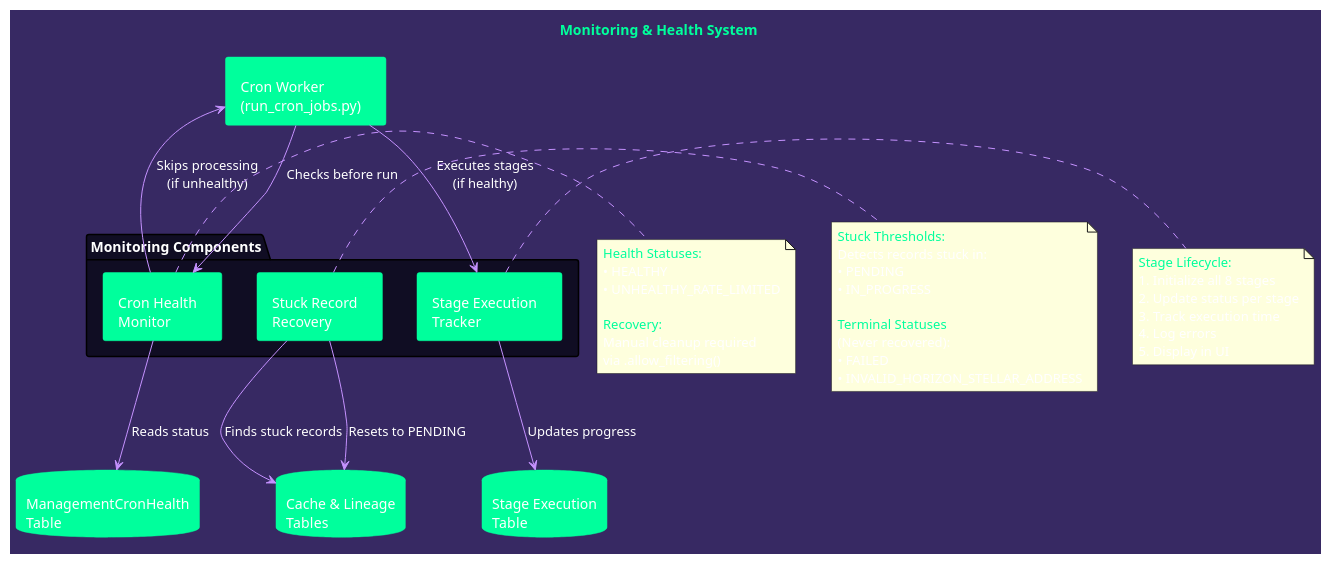
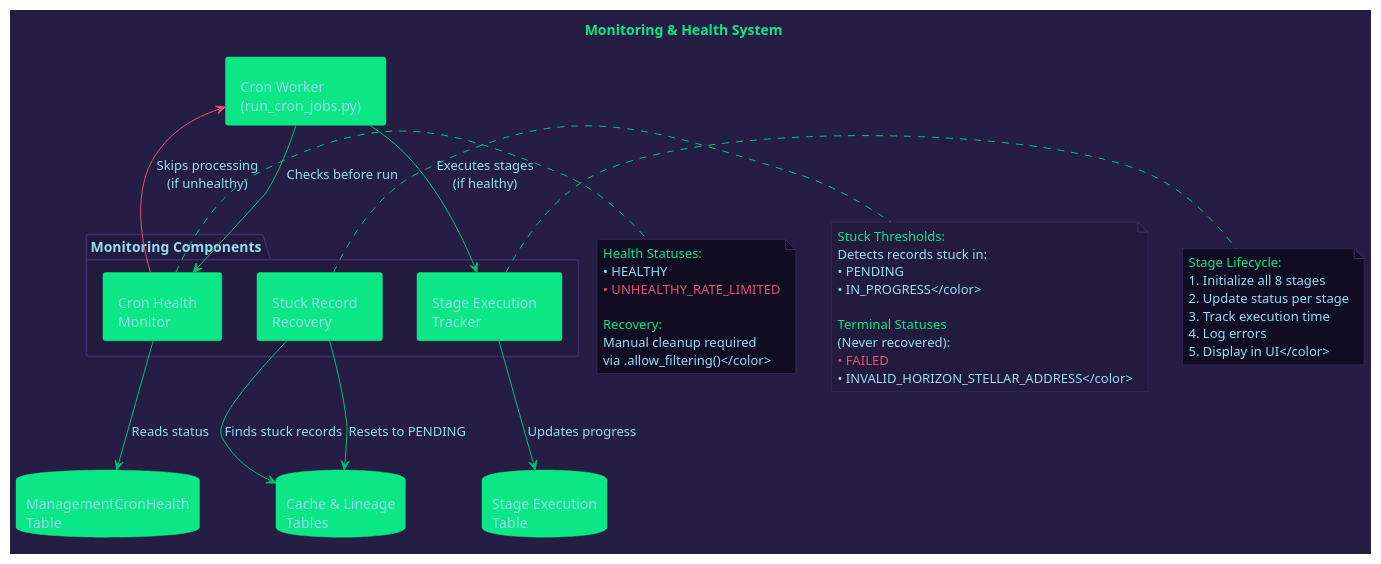
Before and after one commit to areveur51/StellarMapWeb: the diagram in diagrams/05_monitoring_system.puml, drawn with PlantUML. The commit also changed 10 other files, not shown here.

First line of the commit message:
Update diagrams to use a cyberpunk theme

```diff
--- a/diagrams/05_monitoring_system.puml
+++ b/diagrams/05_monitoring_system.puml
@@ -1,83 +1,87 @@
 @startuml Monitoring System
 
-skinparam backgroundColor #372963
-skinparam activity {
-    BackgroundColor #100D23
-    BorderColor #00FF9C
-    FontColor #ffffff
-}
-skinparam activityArrowColor #c592ff
-skinparam activityStartColor #00FF9C
-skinparam activityStopColor #00FF9C
-skinparam defaultFontColor #ffffff
+skinparam backgroundColor #261D45
+skinparam defaultFontColor #96DDF2
 
 skinparam component {
   BackgroundColor #100D23
-  BorderColor #00FF9C
-  FontColor #ffffff
-  ArrowColor #c592ff
+  BorderColor #0BE784
+  FontColor #96DDF2
+  ArrowColor #01C176
 }
 
 skinparam database {
-  BackgroundColor #100D23
-  BorderColor #00FF9C
-  FontColor #ffffff
+  BackgroundColor #032314
+  BorderColor #0BE784
+  FontColor #96DDF2
 }
 
-title <color:#00FF9C>Monitoring & Health System</color>
-
-package "Monitoring Components" #100D23 {
-  component "Cron Health\nMonitor" as CronHealth #00FF9C
-  component "Stuck Record\nRecovery" as Recovery #00FF9C
-  component "Stage Execution\nTracker" as StageTracker #00FF9C
+skinparam package {
+  BackgroundColor #231B3D
+  BorderColor #3f2c70
+  FontColor #96DDF2
 }
 
-component "Cron Worker\n(run_cron_jobs.py)" as CronWorker #00FF9C
+skinparam note {
+  BackgroundColor #100D23
+  BorderColor #3f2c70
+  FontColor #96DDF2
+}
 
-database "ManagementCronHealth\nTable" as HealthDB #00FF9C
-database "Stage Execution\nTable" as StageDB #00FF9C
-database "Cache & Lineage\nTables" as DataDB #00FF9C
+title <color:#0BE784>Monitoring & Health System</color>
 
-CronWorker -[#c592ff]-> CronHealth : "Checks before run"
-CronHealth -[#c592ff]-> HealthDB : "Reads status"
+package "Monitoring Components" #231B3D {
+  component "Cron Health\nMonitor" as CronHealth #0BE784
+  component "Stuck Record\nRecovery" as Recovery #0BE784
+  component "Stage Execution\nTracker" as StageTracker #0BE784
+}
 
-CronWorker -[#c592ff]-> StageTracker : "Executes stages\n(if healthy)"
-StageTracker -[#c592ff]-> StageDB : "Updates progress"
+component "Cron Worker\n(run_cron_jobs.py)" as CronWorker #0BE784
 
-CronHealth -[#c592ff]-> CronWorker : "Skips processing\n(if unhealthy)"
+database "ManagementCronHealth\nTable" as HealthDB #0BE784
+database "Stage Execution\nTable" as StageDB #0BE784
+database "Cache & Lineage\nTables" as DataDB #0BE784
 
-Recovery -[#c592ff]-> DataDB : "Finds stuck records"
-Recovery -[#c592ff]-> DataDB : "Resets to PENDING"
+CronWorker -[#01C176]-> CronHealth : "Checks before run"
+CronHealth -[#01C176]-> HealthDB : "Reads status"
 
-note right of CronHealth
-  <color:#00FF9C>Health Statuses:</color>
-  • HEALTHY
-  • UNHEALTHY_RATE_LIMITED
+CronWorker -[#01C176]-> StageTracker : "Executes stages\n(if healthy)"
+StageTracker -[#01C176]-> StageDB : "Updates progress"
+
+CronHealth -[#E5526F]-> CronWorker : "Skips processing\n(if unhealthy)"
+
+Recovery -[#01C176]-> DataDB : "Finds stuck records"
+Recovery -[#01C176]-> DataDB : "Resets to PENDING"
+
+note right of CronHealth #100D23
+  <color:#0BE784>Health Statuses:</color>
+  <color:#96DDF2>• HEALTHY</color>
+  <color:#E5526F>• UNHEALTHY_RATE_LIMITED</color>
   
-  <color:#00FF9C>Recovery:</color>
-  Manual cleanup required
-  via .allow_filtering()
+  <color:#0BE784>Recovery:</color>
+  <color:#96DDF2>Manual cleanup required
+  via .allow_filtering()</color>
 end note
 
-note right of Recovery
-  <color:#00FF9C>Stuck Thresholds:</color>
-  Detects records stuck in:
+note right of Recovery #231B3D
+  <color:#0BE784>Stuck Thresholds:</color>
+  <color:#96DDF2>Detects records stuck in:
   • PENDING
-  • IN_PROGRESS
+  • IN_PROGRESS</color>
   
-  <color:#00FF9C>Terminal Statuses</color>
-  (Never recovered):
-  • FAILED
-  • INVALID_HORIZON_STELLAR_ADDRESS
+  <color:#0BE784>Terminal Statuses</color>
+  <color:#96DDF2>(Never recovered):</color>
+  <color:#E5526F>• FAILED
+  • INVALID_HORIZON_STELLAR_ADDRESS</color>
 end note
 
-note right of StageTracker
-  <color:#00FF9C>Stage Lifecycle:</color>
-  1. Initialize all 8 stages
+note right of StageTracker #100D23
+  <color:#0BE784>Stage Lifecycle:</color>
+  <color:#96DDF2>1. Initialize all 8 stages
   2. Update status per stage
   3. Track execution time
   4. Log errors
-  5. Display in UI
+  5. Display in UI</color>
 end note
 
 @enduml
```
